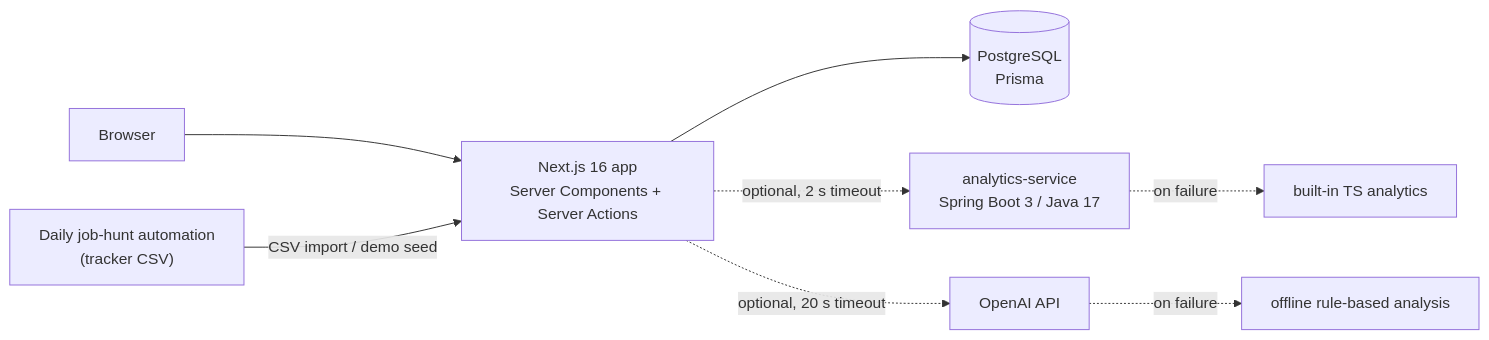
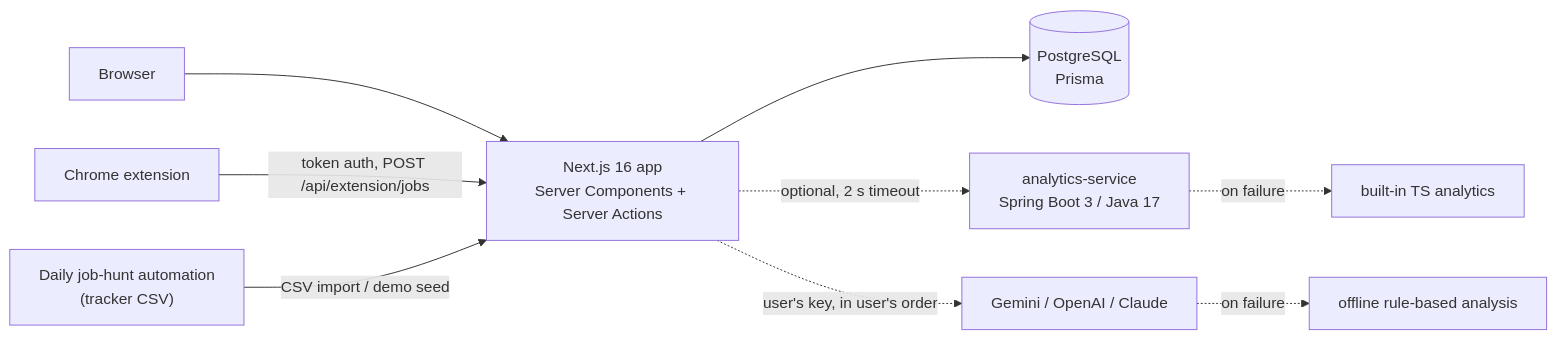
The diagram in README.md (shubhmaheshwari27/interviewsprint-ai), drawn with Mermaid before and after one commit. The commit also changed other lines of this file and 16 other files, not shown here.

First line of the commit message:
feat: Chrome extension to save the job you're viewing, with skill match

````diff
--- a/README.md
+++ b/README.md
@@ -59,10 +65,11 @@
 ```mermaid
 flowchart LR
   B[Browser] --> N["Next.js 16 app<br/>Server Components + Server Actions"]
   N --> DB[(PostgreSQL<br/>Prisma)]
   N -. optional, 2 s timeout .-> J["analytics-service<br/>Spring Boot 3 / Java 17"]
-  N -. optional, 20 s timeout .-> O[OpenAI API]
+  N -. user's key, in user's order .-> O["Gemini / OpenAI / Claude"]
+  X["Chrome extension"] -- "token auth, POST /api/extension/jobs" --> N
   J -. on failure .-> F1[built-in TS analytics]
   O -. on failure .-> F2[offline rule-based analysis]
   T["Daily job-hunt automation<br/>(tracker CSV)"] -- CSV import / demo seed --> N
 ```
````
